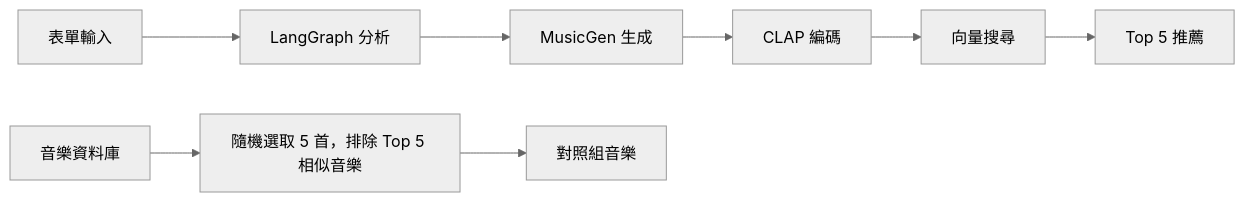
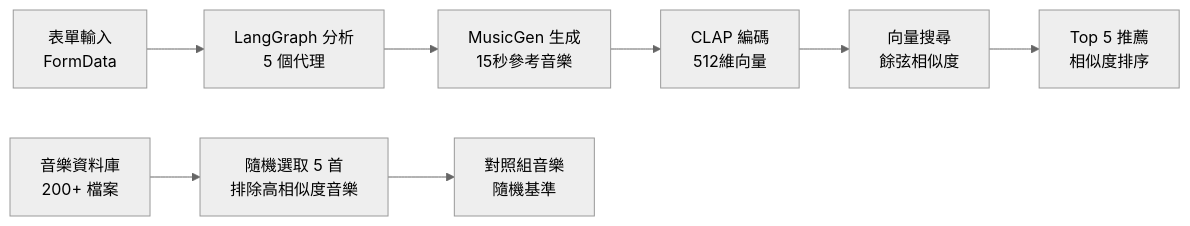
One commit to whats2000/sleep-recommendation-system changed the ninth of 13 diagrams in docs/RecommendationSystem.md. Above: the diagram before and after it, drawn with Mermaid (neutral theme). The commit also changed other lines of this file, not shown here.

````diff
--- a/docs/RecommendationSystem.md
+++ b/docs/RecommendationSystem.md
@@ -258,11 +330,11 @@
 ```mermaid
 graph LR
-    A[表單輸入] --> B[LangGraph 分析]
-    B --> C[MusicGen 生成]
-    C --> D[CLAP 編碼]
-    D --> E[向量搜尋]
-    E --> F[Top 5 推薦]
-    
-    G[音樂資料庫] --> H[隨機選取 5 首，排除 Top 5 相似音樂]
-    H --> I[對照組音樂]
+    A[表單輸入<br/>FormData] --> B[LangGraph 分析<br/>5 個代理]
+    B --> C[MusicGen 生成<br/>15秒參考音樂]
+    C --> D[CLAP 編碼<br/>512維向量]
+    D --> E[向量搜尋<br/>餘弦相似度]
+    E --> F[Top 5 推薦<br/>相似度排序]
+
+    G[音樂資料庫<br/>200+ 檔案] --> H[隨機選取 5 首<br/>排除高相似度音樂]
+    H --> I[對照組音樂<br/>隨機基準]
 ```
````
